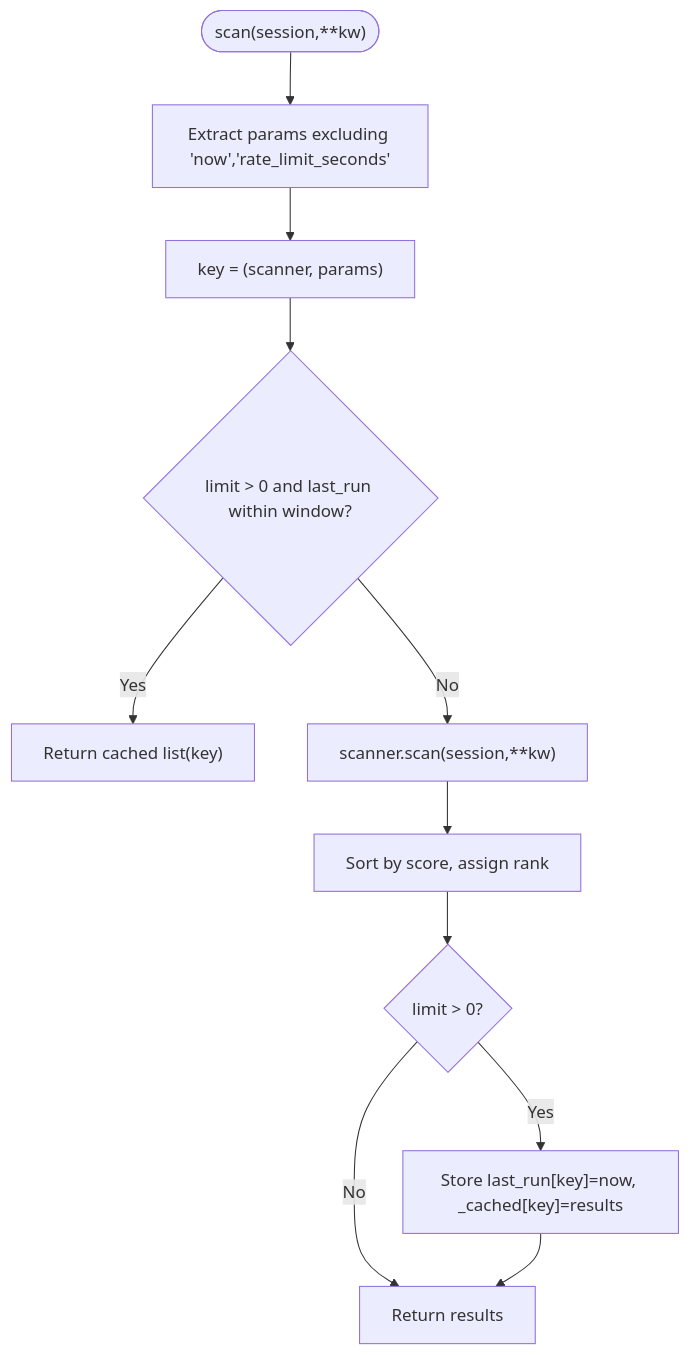
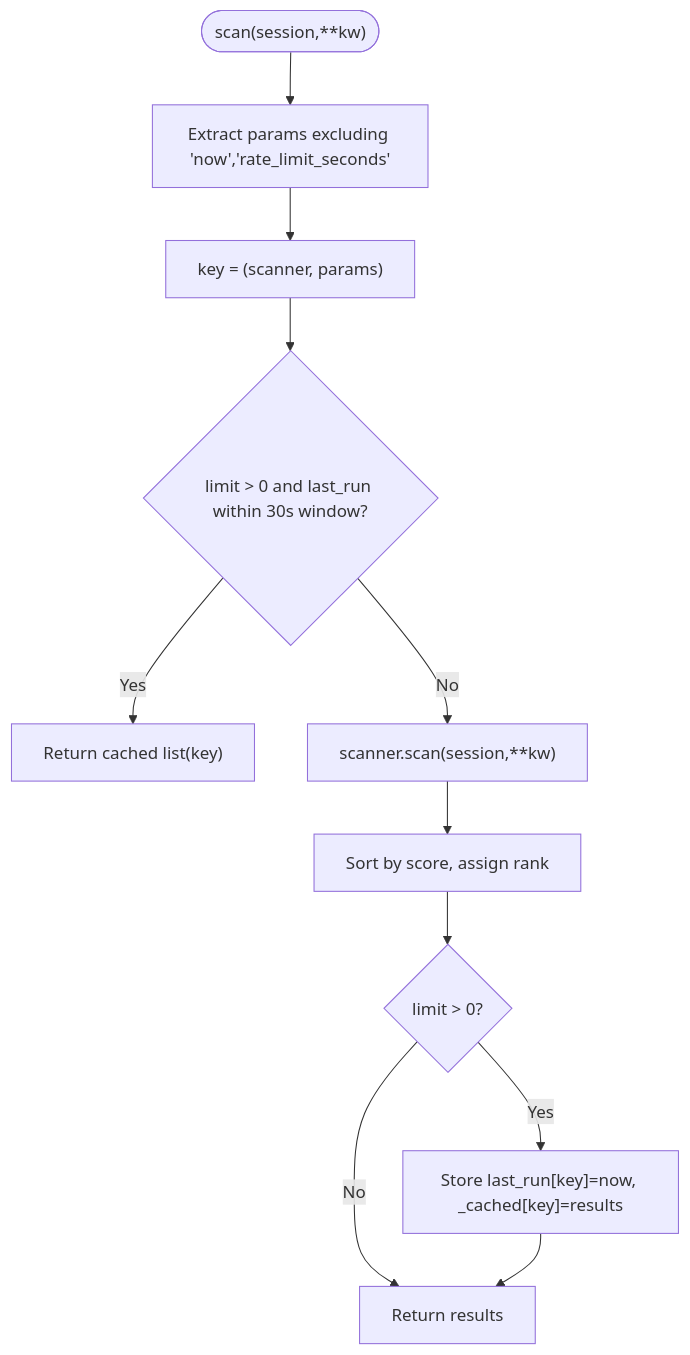
The seventh of 8 diagrams in .qoder/repowiki/en/content/Examples & Tutorials/Production Deployment Examples/Performance Optimization/Performance Optimization.md (Ganesh-Kusundal/nTrade), drawn with Mermaid before and after one commit. The commit also changed other lines of this file and 203 other files, not shown here.

````diff
--- a/.qoder/repowiki/en/content/Examples & Tutorials/Production Deployment Examples/Performance Optimization/Performance Optimization.md
+++ b/.qoder/repowiki/en/content/Examples & Tutorials/Production Deployment Examples/Performance Optimization/Performance Optimization.md
@@ -256,13 +277,13 @@
 ```mermaid
 flowchart TD
 Start(["scan(session,**kw)"]) --> ExtractParams["Extract params excluding 'now','rate_limit_seconds'"]
 ExtractParams --> KeyGen["key = (scanner, params)"]
-KeyGen --> CheckLimit{"limit > 0 and last_run within window?"}
+KeyGen --> CheckLimit{"limit > 0 and last_run within 30s window?"}
 CheckLimit --> |Yes| ReturnCached["Return cached list(key)"]
 CheckLimit --> |No| RunScan["scanner.scan(session,**kw)"]
 RunScan --> SortRank["Sort by score, assign rank"]
 SortRank --> CacheStore{"limit > 0?"}
 CacheStore --> |Yes| Store["Store last_run[key]=now, _cached[key]=results"]
 CacheStore --> |No| ReturnResults["Return results"]
 Store --> ReturnResults
 ```
````
